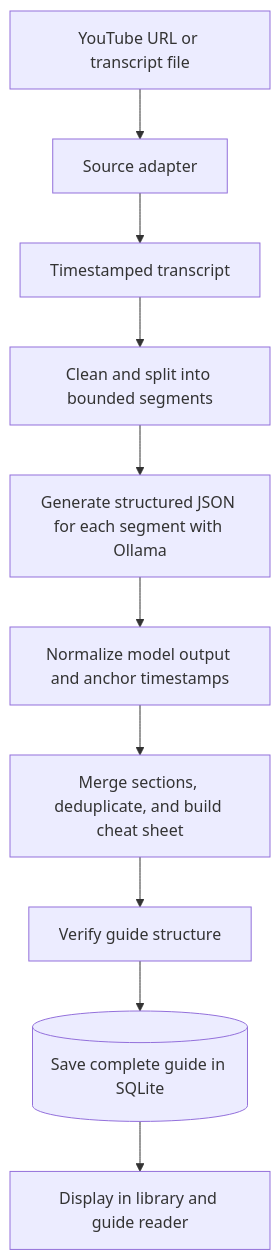
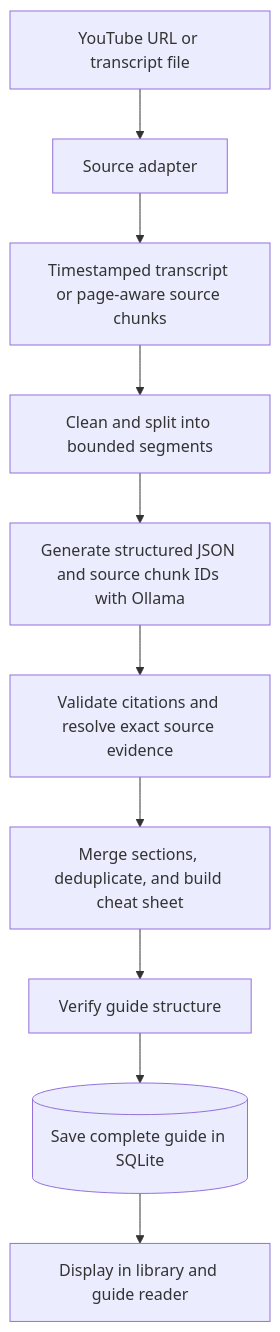
One commit to alessio-palumbo/tutorio changed the diagram in README.md. Above: the diagram before and after it, drawn with Mermaid. The commit also changed other lines of this file and 1 other file, not shown here.

Commit message:
[docs] describe evidence-first source references

````diff
--- a/README.md
+++ b/README.md
@@ -39,12 +39,12 @@
 ```mermaid
 flowchart TD
     A[YouTube URL or transcript file] --> B[Source adapter]
-    B --> C[Timestamped transcript]
+    B --> C[Timestamped transcript or page-aware source chunks]
     C --> D[Clean and split into bounded segments]
-    D --> E[Generate structured JSON for each segment with Ollama]
-    E --> F[Normalize model output and anchor timestamps]
+    D --> E[Generate structured JSON and source chunk IDs with Ollama]
+    E --> F[Validate citations and resolve exact source evidence]
     F --> G[Merge sections, deduplicate, and build cheat sheet]
     G --> H[Verify guide structure]
     H --> I[(Save complete guide in SQLite)]
     I --> J[Display in library and guide reader]
 ```
````
